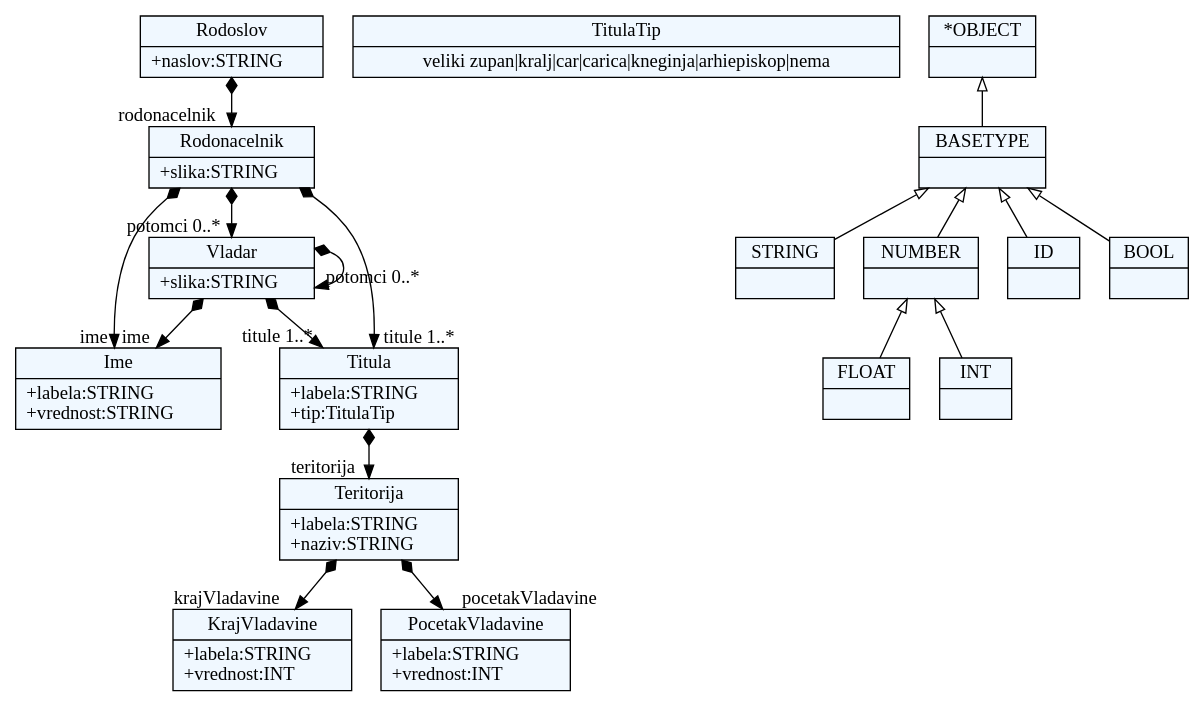
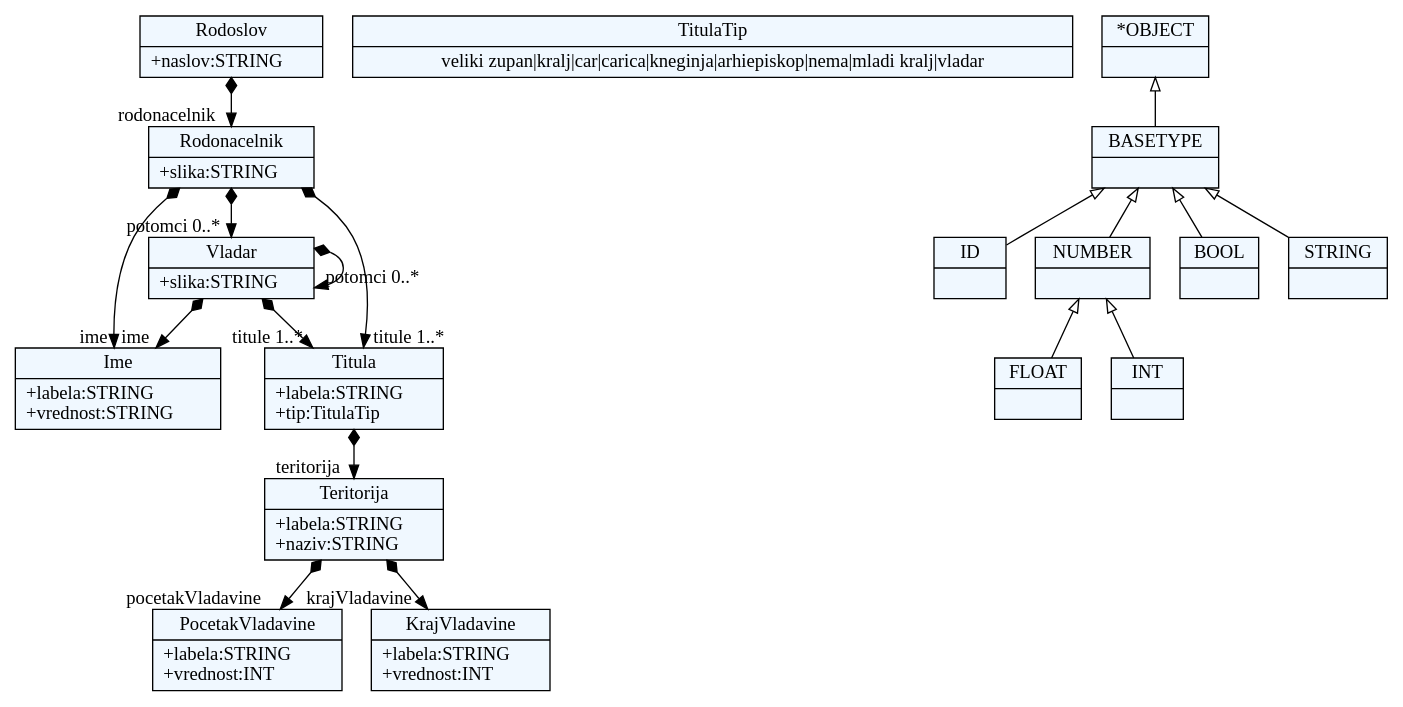
The diagram in Projekat/forms/forms.dot (milenaL9/JSD_2017), drawn with Graphviz before and after one commit. The commit also changed 17 other files, not shown here.

```diff
--- a/Projekat/forms/forms.dot
+++ b/Projekat/forms/forms.dot
@@ -1,66 +1,66 @@
 
     digraph xtext {
     fontname = "Bitstream Vera Sans"
     fontsize = 8
     node[
         shape=record,
         style=filled,
         fillcolor=aliceblue
     ]
     nodesep = 0.3
     edge[dir=black,arrowtail=empty]
 
 
-1987397880328[ label="{KrajVladavine|+labela:STRING\l+vrednost:INT\l}"]
+20886760 -> 20889592[arrowtail=diamond, dir=both, headlabel="pocetakVladavine "]
+20886760 -> 20882984[arrowtail=diamond, dir=both, headlabel="krajVladavine "]
+20886760[ label="{Teritorija|+labela:STRING\l+naziv:STRING\l}"]
 
-1987397871832[ label="{Ime|+labela:STRING\l+vrednost:STRING\l}"]
+20878264[ label="{Ime|+labela:STRING\l+vrednost:STRING\l}"]
 
-1987397893544[ label="{PocetakVladavine|+labela:STRING\l+vrednost:INT\l}"]
+20867880 -> 20859384[arrowtail=diamond, dir=both, headlabel="rodonacelnik "]
+20867880[ label="{Rodoslov|+naslov:STRING\l}"]
 
-1987397874664 -> 1987397890712[arrowtail=diamond, dir=both, headlabel="teritorija "]
-1987397874664[ label="{Titula|+labela:STRING\l+tip:TitulaTip\l}"]
+20881096 -> 20886760[arrowtail=diamond, dir=both, headlabel="teritorija "]
+20881096[ label="{Titula|+labela:STRING\l+tip:TitulaTip\l}"]
 
-1987397878440[ label="{TitulaTip|veliki zupan\|kralj\|car\|carica\|kneginja\|arhiepiskop\|nema}"]
+20882984[ label="{KrajVladavine|+labela:STRING\l+vrednost:INT\l}"]
 
-1987397838792 -> 1987397871832[arrowtail=diamond, dir=both, headlabel="ime "]
-1987397838792 -> 1987397874664[arrowtail=diamond, dir=both, headlabel="titule 1..*"]
-1987397838792 -> 1987397862392[arrowtail=diamond, dir=both, headlabel="potomci 0..*"]
-1987397838792[ label="{Rodonacelnik|+slika:STRING\l}"]
+20859384 -> 20878264[arrowtail=diamond, dir=both, headlabel="ime "]
+20859384 -> 20881096[arrowtail=diamond, dir=both, headlabel="titule 1..*"]
+20859384 -> 20875432[arrowtail=diamond, dir=both, headlabel="potomci 0..*"]
+20859384[ label="{Rodonacelnik|+slika:STRING\l}"]
 
-1987397890712 -> 1987397893544[arrowtail=diamond, dir=both, headlabel="pocetakVladavine "]
-1987397890712 -> 1987397880328[arrowtail=diamond, dir=both, headlabel="krajVladavine "]
-1987397890712[ label="{Teritorija|+labela:STRING\l+naziv:STRING\l}"]
+20883928[ label="{TitulaTip|veliki zupan\|kralj\|car\|carica\|kneginja\|arhiepiskop\|nema\|mladi kralj\|vladar}"]
 
-1987397842568 -> 1987397838792[arrowtail=diamond, dir=both, headlabel="rodonacelnik "]
-1987397842568[ label="{Rodoslov|+naslov:STRING\l}"]
+20889592[ label="{PocetakVladavine|+labela:STRING\l+vrednost:INT\l}"]
 
-1987397862392 -> 1987397871832[arrowtail=diamond, dir=both, headlabel="ime "]
-1987397862392 -> 1987397874664[arrowtail=diamond, dir=both, headlabel="titule 1..*"]
-1987397862392 -> 1987397862392[arrowtail=diamond, dir=both, headlabel="potomci 0..*"]
-1987397862392[ label="{Vladar|+slika:STRING\l}"]
+20875432 -> 20878264[arrowtail=diamond, dir=both, headlabel="ime "]
+20875432 -> 20881096[arrowtail=diamond, dir=both, headlabel="titule 1..*"]
+20875432 -> 20875432[arrowtail=diamond, dir=both, headlabel="potomci 0..*"]
+20875432[ label="{Vladar|+slika:STRING\l}"]
 
-1987397851064[ label="{STRING|}"]
+20854664[ label="{ID|}"]
 
-1987397836904[ label="{NUMBER|}"]
-1987397836904 -> 1987397846344 [dir=back]
-1987397836904 -> 1987397852952 [dir=back]
+20868824[ label="{NUMBER|}"]
+20868824 -> 20865992 [dir=back]
+20868824 -> 20863160 [dir=back]
 
-1987397846344[ label="{FLOAT|}"]
+20865992[ label="{FLOAT|}"]
 
-1987397852952[ label="{INT|}"]
+20871656[ label="{BASETYPE|}"]
+20871656 -> 20868824 [dir=back]
+20871656 -> 20860328 [dir=back]
+20871656 -> 20854664 [dir=back]
+20871656 -> 20857496 [dir=back]
 
-1987397839736[ label="{ID|}"]
+20857496[ label="{STRING|}"]
 
-1987397859560[ label="{BASETYPE|}"]
-1987397859560 -> 1987397836904 [dir=back]
-1987397859560 -> 1987397845400 [dir=back]
-1987397859560 -> 1987397839736 [dir=back]
-1987397859560 -> 1987397851064 [dir=back]
+20860328[ label="{BOOL|}"]
 
-1987397845400[ label="{BOOL|}"]
+20863160[ label="{INT|}"]
 
-1987397860504[ label="{*OBJECT|}"]
-1987397860504 -> 1987397859560 [dir=back]
+20874488[ label="{*OBJECT|}"]
+20874488 -> 20871656 [dir=back]
 
 
 }
```
